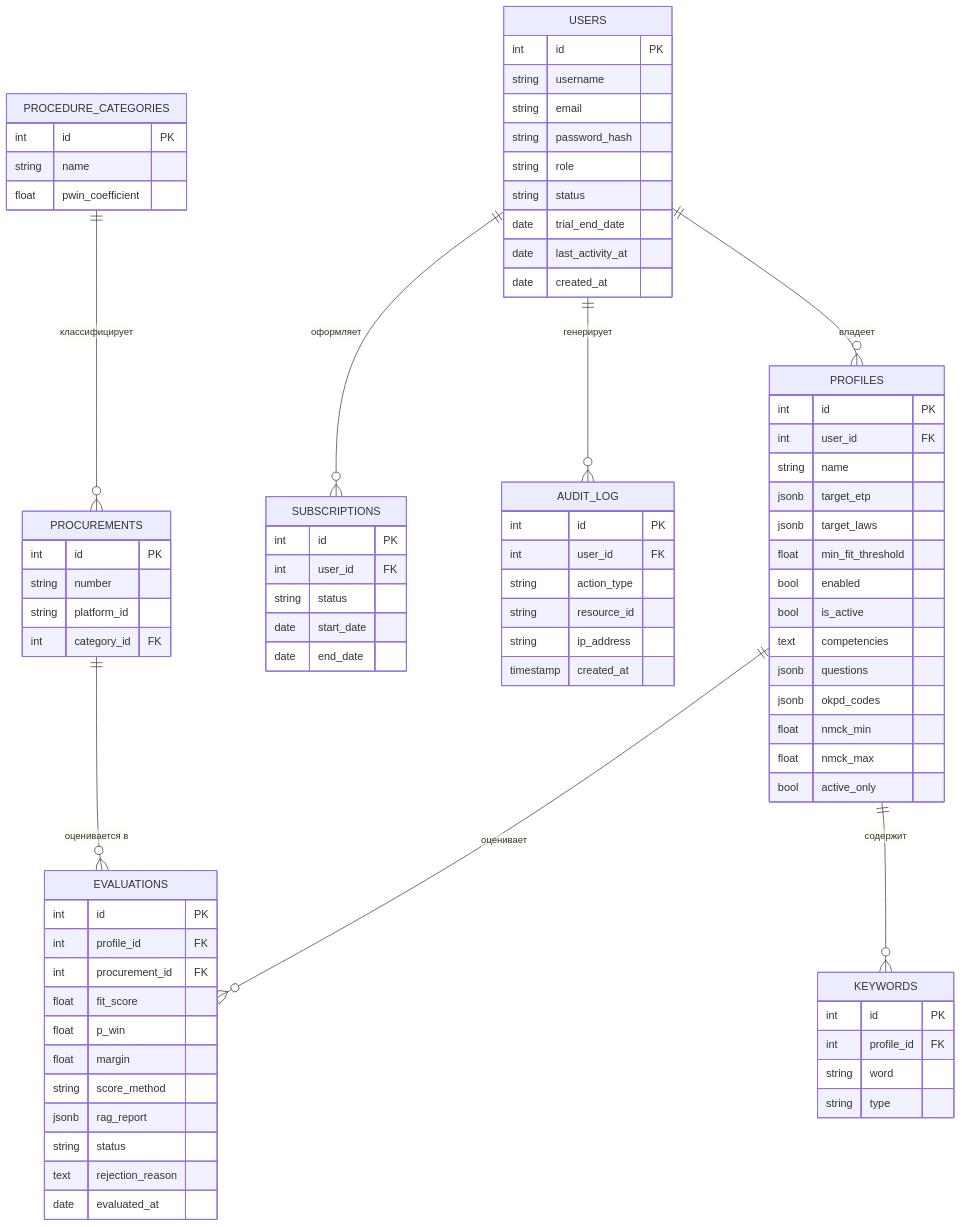
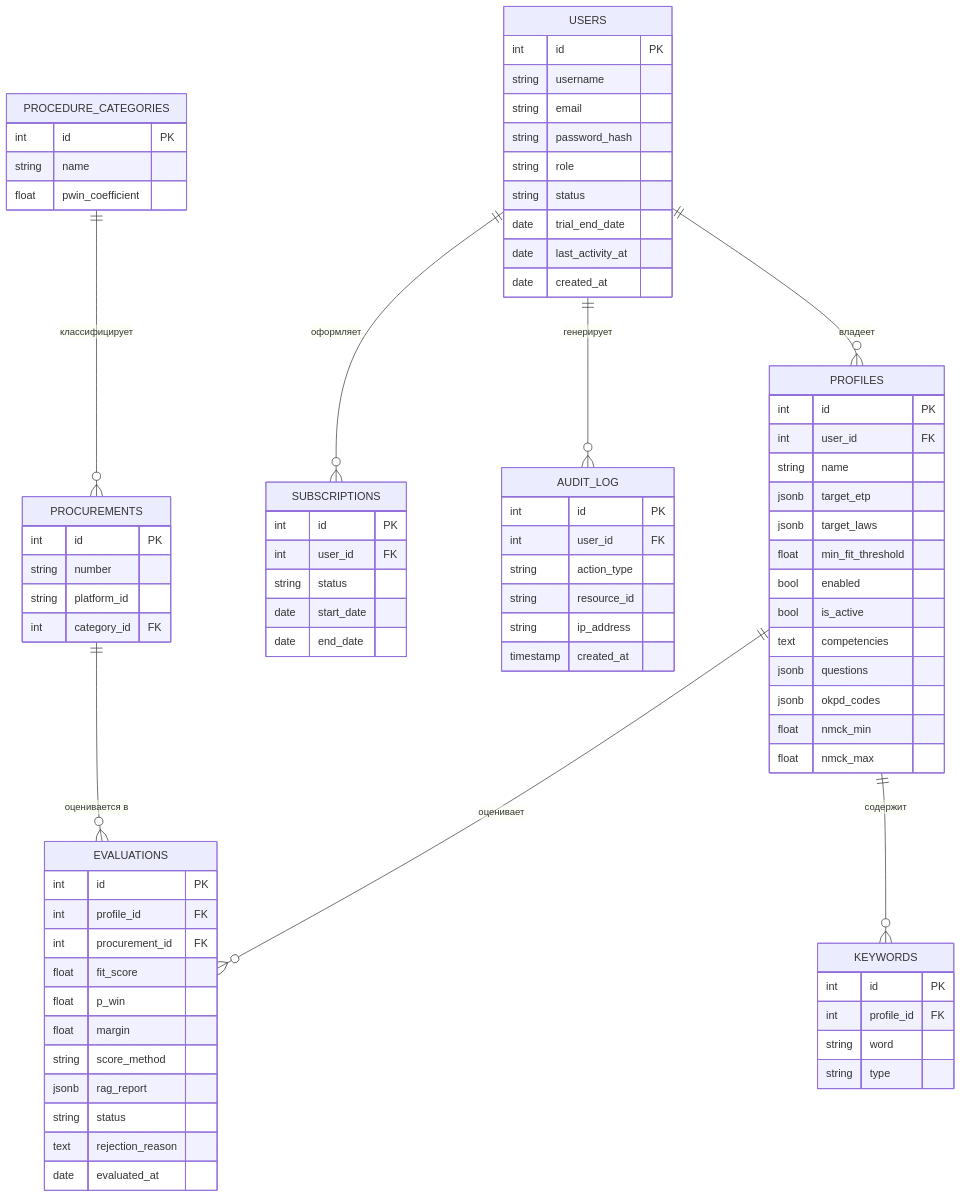
One commit to igorvolk1961/zakupki_parser changed the diagram in specification.md. Above: the diagram before and after it, drawn with Mermaid. The commit also changed other lines of this file and 12 other files, not shown here.

First line of the commit message:
парсер: active_only убран из профилей — выбор по состоянию только глобальный (search_criteria.active_only)

```diff
--- a/specification.md
+++ b/specification.md
@@ -578,7 +579,6 @@
         jsonb okpd_codes
         float nmck_min
         float nmck_max
-        bool active_only
     }
     KEYWORDS {
         int id PK
```
